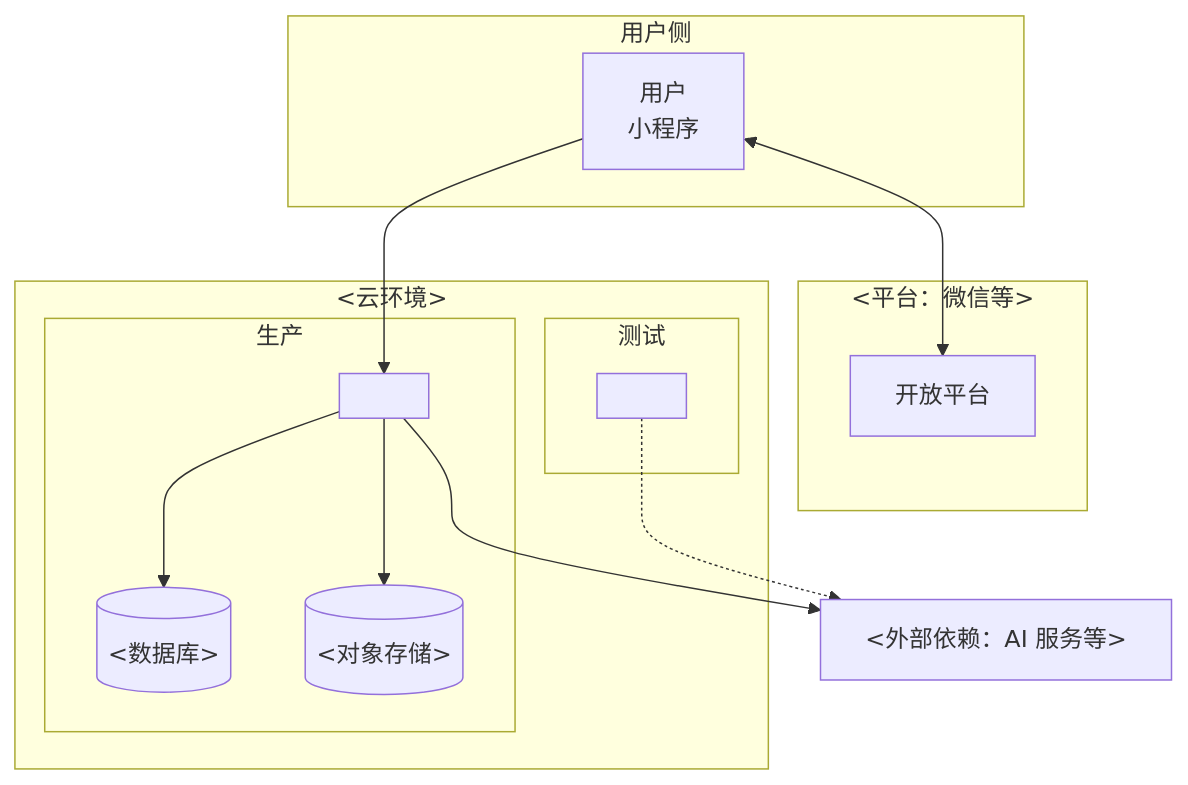
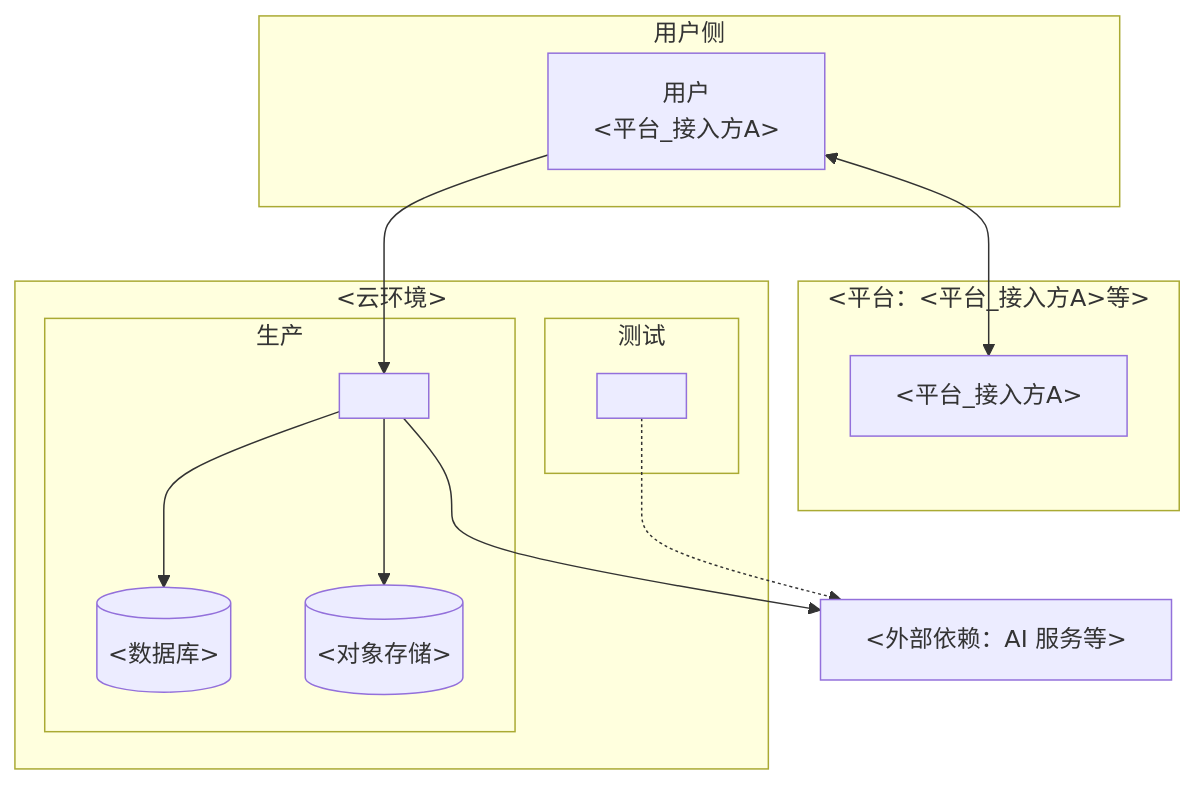
Before and after one commit to syllr/skills: the diagram in skills/doc-arch-rules/references/templates/L4/DEPLOYMENT.template.md, drawn with Mermaid. The commit also changed other lines of this file and 11 other files, not shown here.

````diff
--- a/skills/doc-arch-rules/references/templates/L4/DEPLOYMENT.template.md
+++ b/skills/doc-arch-rules/references/templates/L4/DEPLOYMENT.template.md
@@ -83,26 +83,26 @@
 ```mermaid
 flowchart TB
     subgraph 用户侧
-        U[用户<br/>小程序]
+        U[用户<br/><平台_接入方A>]
     end
-    subgraph 平台[<平台：微信等>]
-        WX[开放平台]
+    subgraph 平台[<平台：<平台_接入方A>等>]
+        P1[<平台_接入方A>]
     end
     subgraph 云端[<云环境>]
         subgraph 生产
             API2[<API 服务/云函数>]
             DB2[(<数据库>)]
             OSS2[(<对象存储>)]
         end
         subgraph 测试
             API3[<API 服务>]
         end
     end
     EXT[<外部依赖：AI 服务等>]
-    U <--> WX
+    U <--> P1
     U --> API2
     API2 --> DB2
     API2 --> OSS2
     API2 --> EXT
     API3 -.-> EXT
 ```
````
